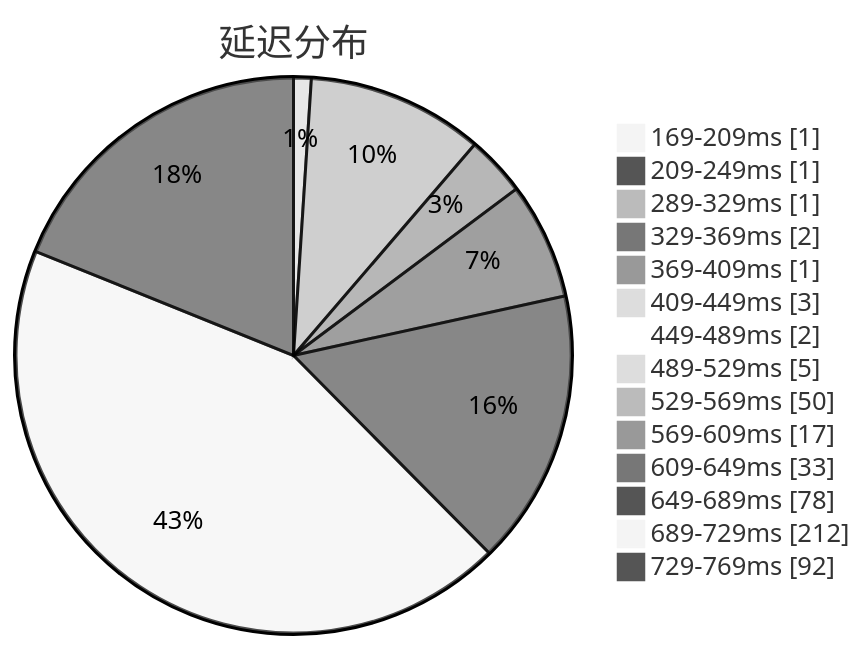
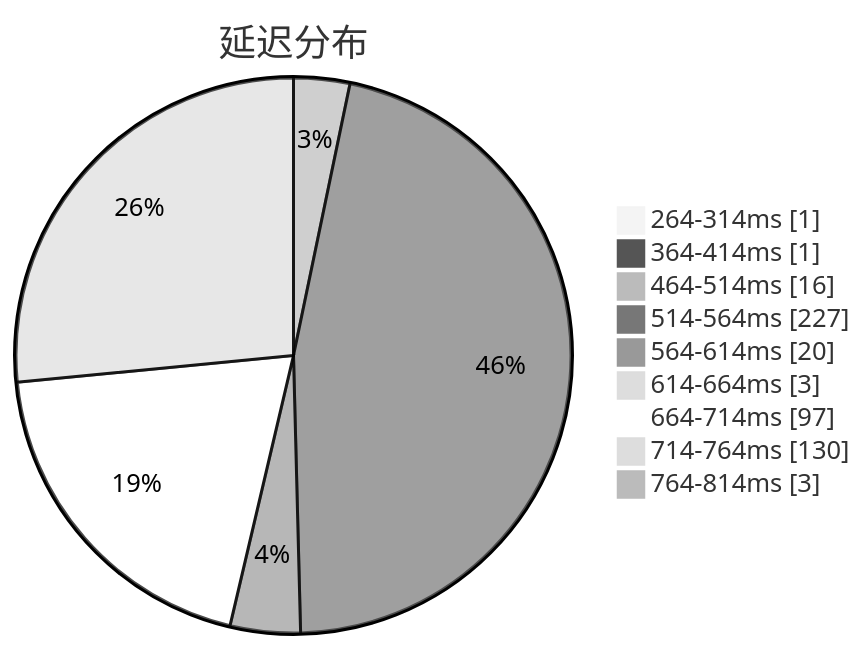
The first of 3 diagrams in subs/statistics/tested_within.md (sinspired/airport), drawn with Mermaid (neutral theme) before and after one commit. The commit also changed other lines of this file and 2 other files, not shown here.

````diff
--- a/subs/statistics/tested_within.md
+++ b/subs/statistics/tested_within.md
@@ -2,18 +2,13 @@
 ```mermaid
 pie showData
 title 延迟分布
-"169-209ms" : 1
-"209-249ms" : 1
-"289-329ms" : 1
-"329-369ms" : 2
-"369-409ms" : 1
-"409-449ms" : 3
-"449-489ms" : 2
-"489-529ms" : 5
-"529-569ms" : 50
-"569-609ms" : 17
-"609-649ms" : 33
-"649-689ms" : 78
-"689-729ms" : 212
-"729-769ms" : 92
+"264-314ms" : 1
+"364-414ms" : 1
+"464-514ms" : 16
+"514-564ms" : 227
+"564-614ms" : 20
+"614-664ms" : 3
+"664-714ms" : 97
+"714-764ms" : 130
+"764-814ms" : 3
 ```
````
